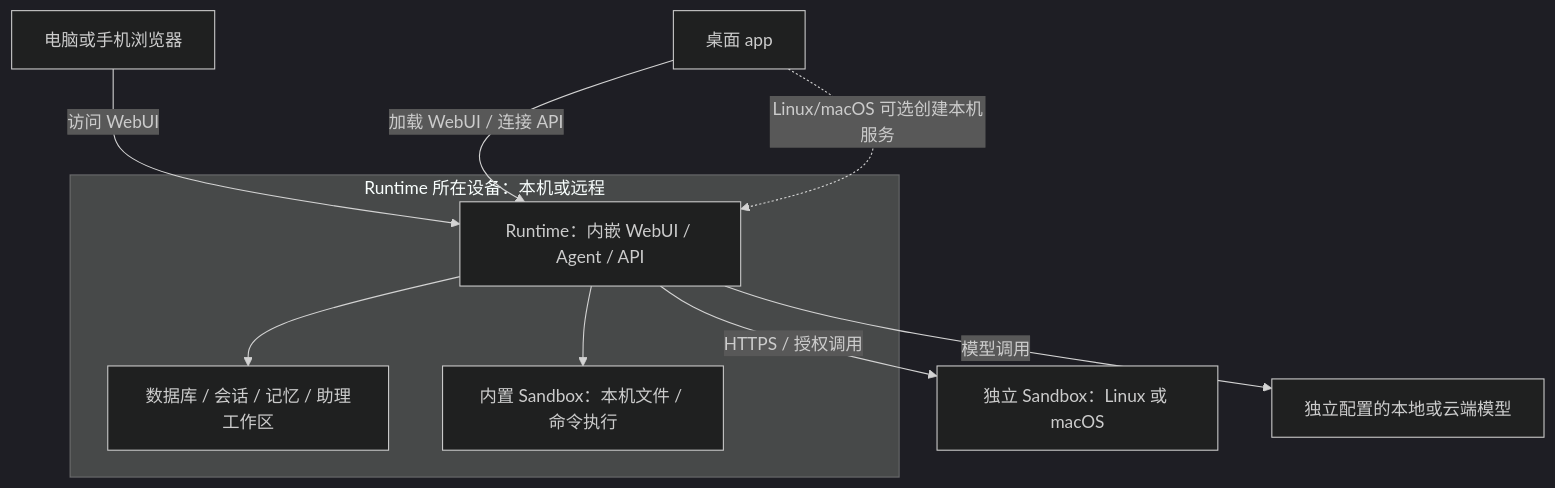
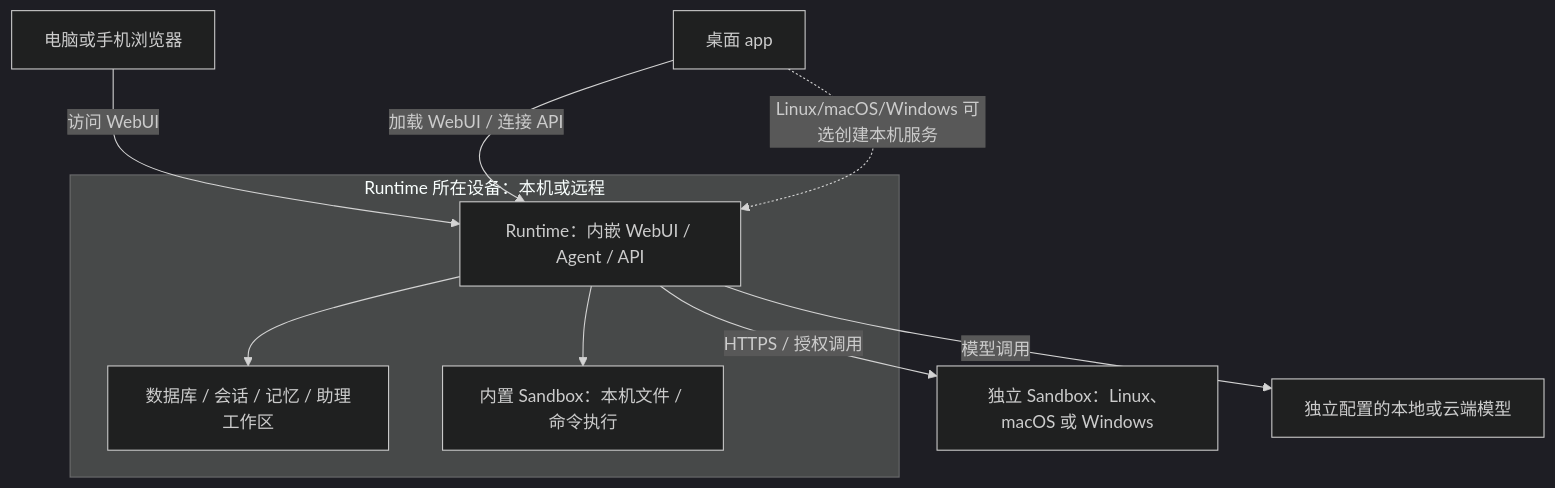
The diagram in docs/admin/deployment/installation.md (molr-ai/molr), drawn with Mermaid (dark theme) before and after one commit. The commit also changed other lines of this file and 12 other files, not shown here.

````diff
--- a/docs/admin/deployment/installation.md
+++ b/docs/admin/deployment/installation.md
@@ -18,15 +18,15 @@
 ```mermaid
 flowchart TB
     Browser[电脑或手机浏览器] -->|访问 WebUI| Runtime
     Desktop[桌面 app] -->|加载 WebUI / 连接 API| Runtime
-    Desktop -.->|Linux/macOS 可选创建本机服务| Runtime
+    Desktop -.->|Linux/macOS/Windows 可选创建本机服务| Runtime
     subgraph Host[Runtime 所在设备：本机或远程]
         Runtime[Runtime：内嵌 WebUI / Agent / API]
         Data[数据库 / 会话 / 记忆 / 助理工作区]
         Local[内置 Sandbox：本机文件 / 命令执行]
         Runtime --> Data
         Runtime --> Local
     end
-    Runtime -->|HTTPS / 授权调用| Remote[独立 Sandbox：Linux 或 macOS]
+    Runtime -->|HTTPS / 授权调用| Remote[独立 Sandbox：Linux、macOS 或 Windows]
     Runtime -->|模型调用| Model[独立配置的本地或云端模型]
 ```
````
